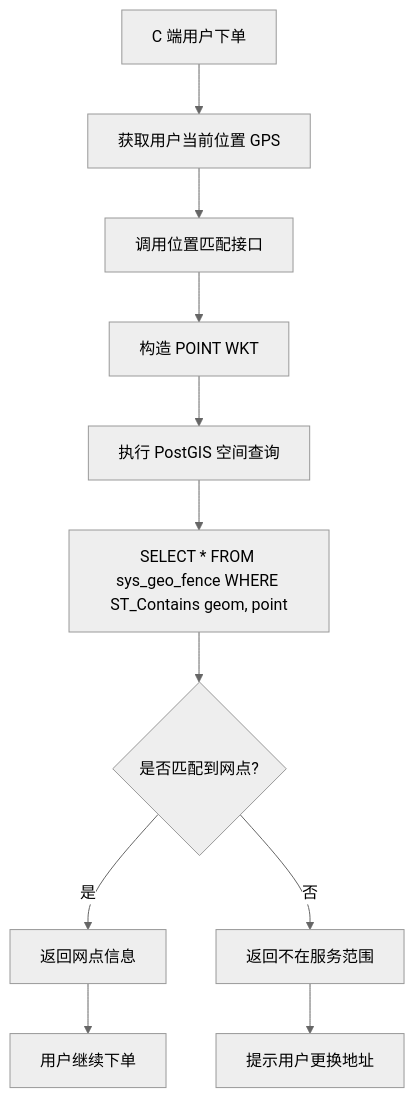
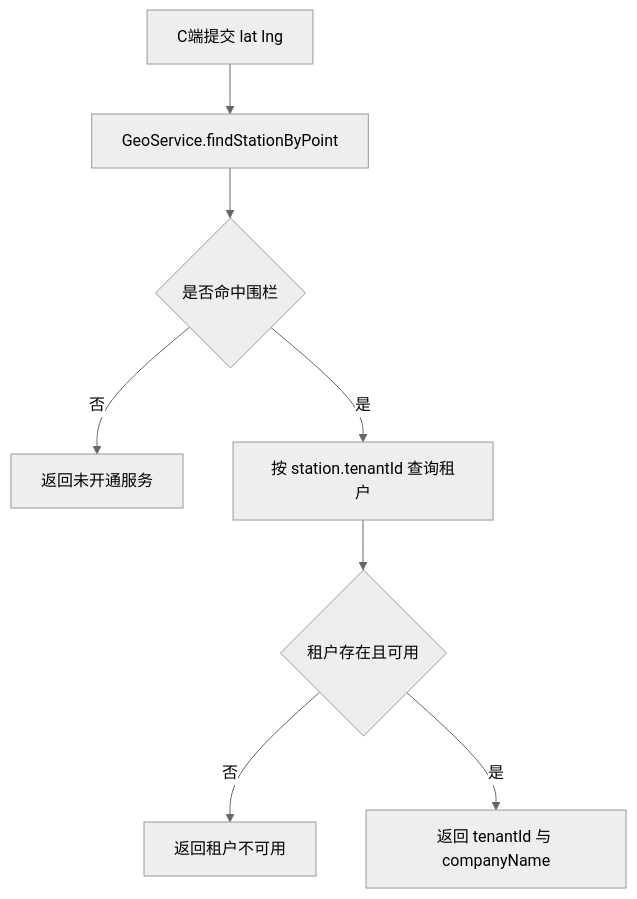
Before and after one commit to hqh-dot-wj/O2O-Mall-project: the third of 5 diagrams in apps/backend/docs/requirements/lbs/lbs-requirements.md, drawn with Mermaid (neutral theme). The commit also changed other lines of this file and 20 other files, not shown here.

````diff
--- a/apps/backend/docs/requirements/lbs/lbs-requirements.md
+++ b/apps/backend/docs/requirements/lbs/lbs-requirements.md
@@ -123,13 +102,10 @@
 ```mermaid
 flowchart TD
-    A[C 端用户下单] --> B[获取用户当前位置 GPS]
-    B --> C[调用位置匹配接口]
-    C --> D[构造 POINT WKT]
-    D --> E[执行 PostGIS 空间查询]
-    E --> F[SELECT * FROM sys_geo_fence WHERE ST_Contains geom, point]
-    F --> G{是否匹配到网点?}
-    G -->|是| H[返回网点信息]
-    G -->|否| I[返回不在服务范围]
-    H --> J[用户继续下单]
-    I --> K[提示用户更换地址]
+    A[C端提交 lat lng] --> B[GeoService.findStationByPoint]
+    B --> C{是否命中围栏}
+    C -->|否| D[返回未开通服务]
+    C -->|是| E[按 station.tenantId 查询租户]
+    E --> F{租户存在且可用}
+    F -->|否| G[返回租户不可用]
+    F -->|是| H[返回 tenantId 与 companyName]
 ```
````
